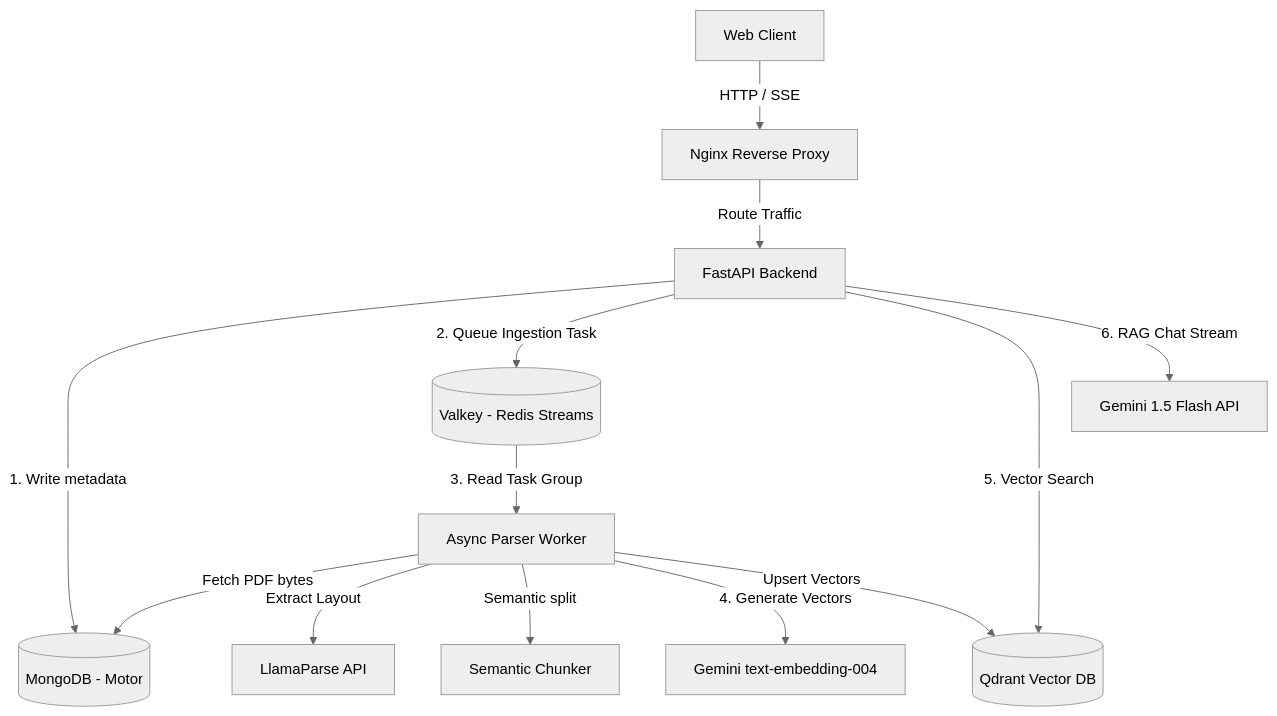
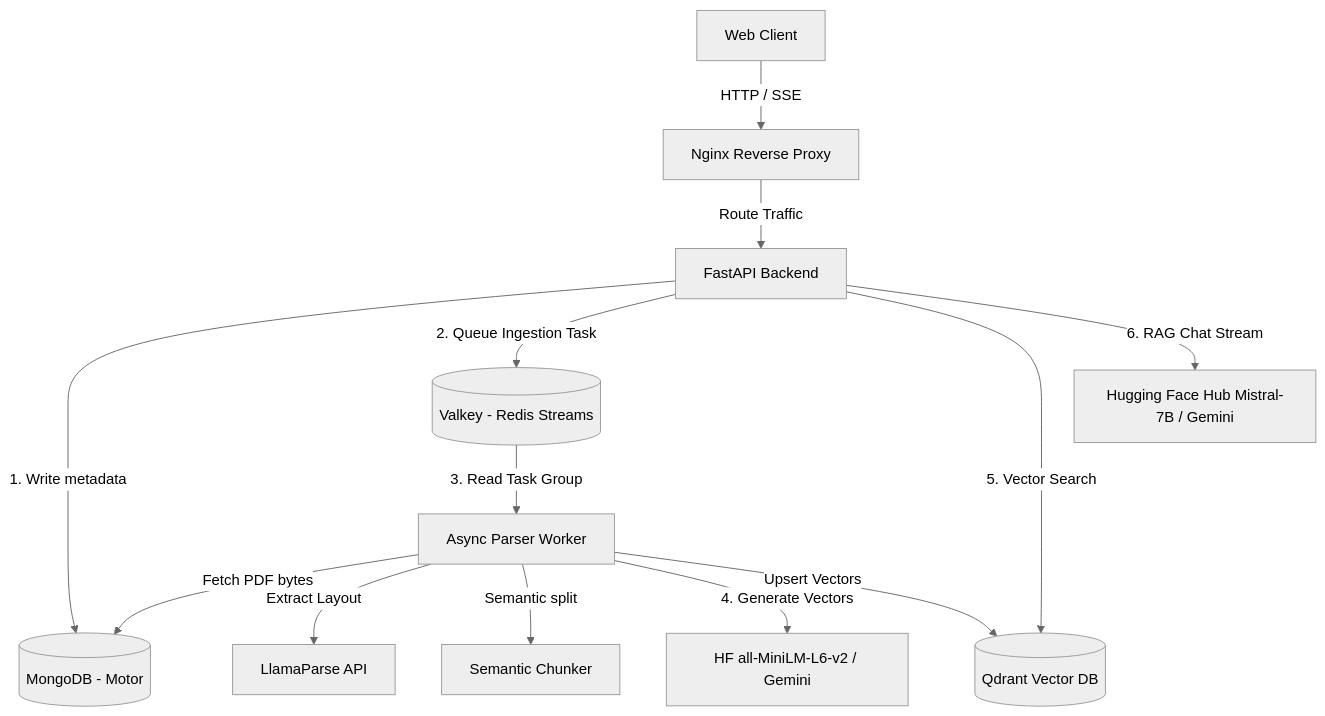
Before and after one commit to RidhinSamuel/KnowledgeOS: the diagram in README.md, drawn with Mermaid (neutral theme). The commit also changed other lines of this file, not shown here.

Commit message:
docs: update README with Hugging Face Hub instructions

````diff
--- a/README.md
+++ b/README.md
@@ -13,17 +13,17 @@
 ```mermaid
 graph TD
     Client[Web Client] -->|HTTP / SSE| Nginx[Nginx Reverse Proxy]
     Nginx -->|Route Traffic| FastAPI[FastAPI Backend]
     
     FastAPI -->|1. Write metadata| MongoDB[(MongoDB - Motor)]
     FastAPI -->|2. Queue Ingestion Task| Valkey[(Valkey - Redis Streams)]
     FastAPI -->|5. Vector Search| Qdrant[(Qdrant Vector DB)]
-    FastAPI -->|6. RAG Chat Stream| GeminiLLM[Gemini 1.5 Flash API]
+    FastAPI -->|6. RAG Chat Stream| HF_LLM[Hugging Face Hub Mistral-7B / Gemini]
     
     Valkey -->|3. Read Task Group| Worker[Async Parser Worker]
     Worker -->|Fetch PDF bytes| MongoDB
     Worker -->|Extract Layout| LlamaParse[LlamaParse API]
     Worker -->|Semantic split| Chunker[Semantic Chunker]
-    Worker -->|4. Generate Vectors| GeminiEmbeddings[Gemini text-embedding-004]
+    Worker -->|4. Generate Vectors| HF_Embeddings[HF all-MiniLM-L6-v2 / Gemini]
     Worker -->|Upsert Vectors| Qdrant
 ```
````
